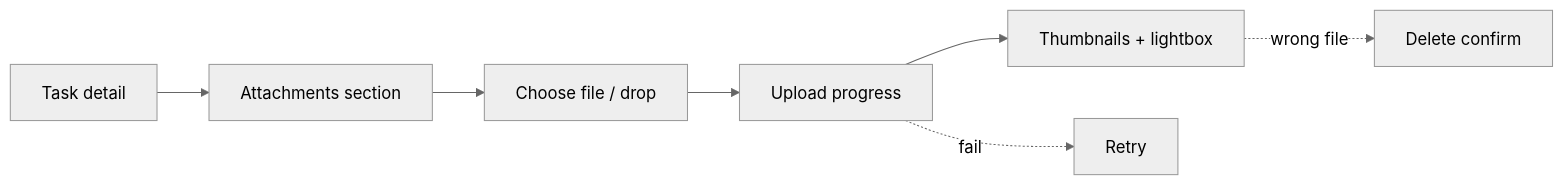
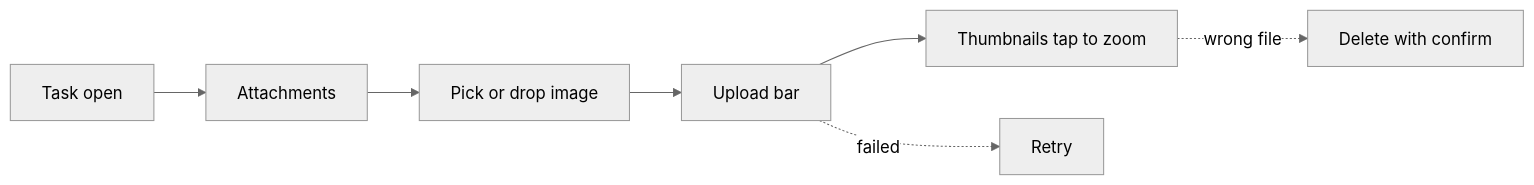
Before and after one commit to wildan-png/todoAppWorkflow-design: diagram 15 of 28 in research/user-journeys.md, drawn with Mermaid (neutral theme). The commit also changed other lines of this file, not shown here.

First line of the commit message:
docs: humanize user journey copy (Part A, steps, diagrams)

````diff
--- a/research/user-journeys.md
+++ b/research/user-journeys.md
@@ -596,9 +596,9 @@
 ```mermaid
 flowchart LR
-  D[Task detail] --> A[Attachments section]
-  A --> F[Choose file / drop]
-  F --> U[Upload progress]
-  U --> T[Thumbnails + lightbox]
-  U -.->|fail| R[Retry]
-  T -.->|wrong file| DEL[Delete confirm]
+  D[Task open] --> A[Attachments]
+  A --> F[Pick or drop image]
+  F --> U[Upload bar]
+  U --> T[Thumbnails tap to zoom]
+  U -.->|failed| R[Retry]
+  T -.->|wrong file| DEL[Delete with confirm]
 ```
````
